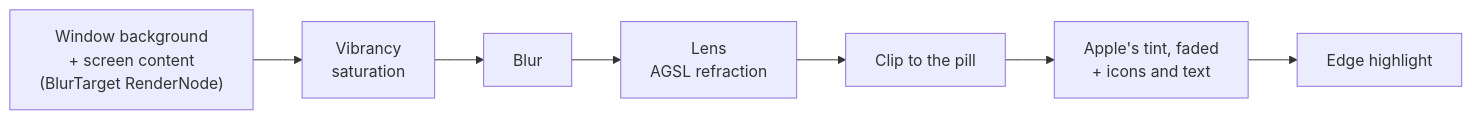
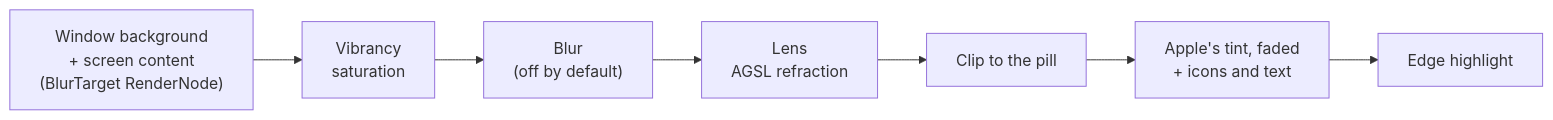
One commit to myvoow/LiquidMusic changed the diagram in README.md. Above: the diagram before and after it, drawn with Mermaid. The commit also changed other lines of this file and 8 other files, not shown here.

````diff
--- a/README.md
+++ b/README.md
@@ -113,9 +113,9 @@
 ```mermaid
 flowchart LR
     A["Window background<br/>+ screen content<br/>(BlurTarget RenderNode)"] --> B["Vibrancy<br/>saturation"]
-    B --> C["Blur"]
+    B --> C["Blur<br/>(off by default)"]
     C --> D["Lens<br/>AGSL refraction"]
     D --> E["Clip to the pill"]
     E --> F["Apple's tint, faded<br/>+ icons and text"]
     F --> G["Edge highlight"]
 ```
````
